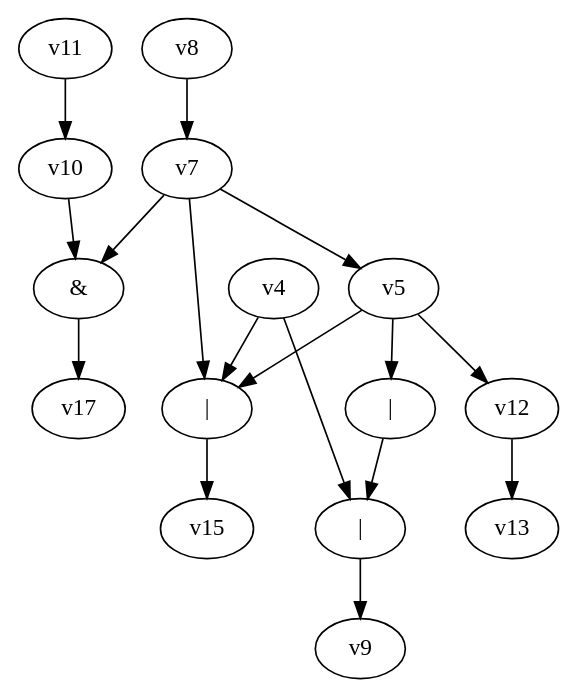
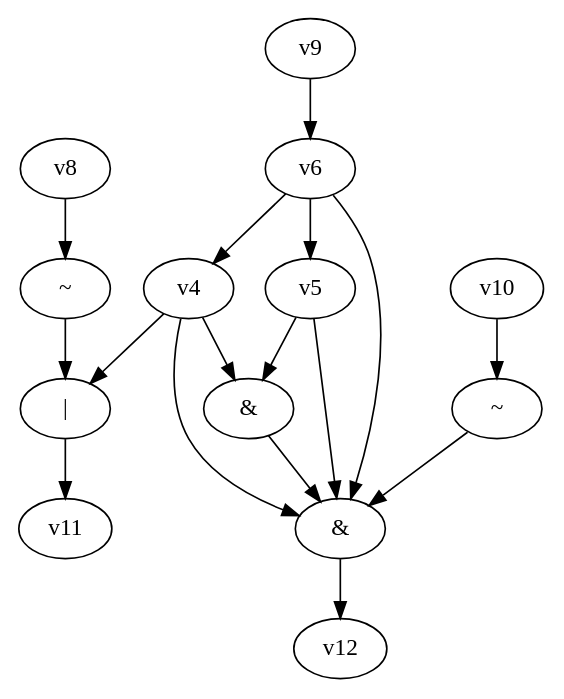
The diagram in dot_files/random_bool_circ.dot (yadej/graph_project), drawn with Graphviz before and after one commit. The commit also changed 4 other files, not shown here.

```diff
--- a/dot_files/random_bool_circ.dot
+++ b/dot_files/random_bool_circ.dot
@@ -1,19 +1,23 @@
 digraph G { 
 v0 [label="|"]; 
-v1 [label="|"]; 
-v14 [label="|"]; 
-v16 [label="&"]; 
-v0 -> v9;
+v1 [label="~"]; 
+v2 [label="&"]; 
+v3 [label="&"]; 
+v7 [label="~"]; 
+v0 -> v11;
 v1 -> v0;
+v2 -> v12;
+v3 -> v2;
 v4 -> v0;
-v4 -> v14 -> v15;
-v5 -> v1;
-v5 -> v12 -> v13;
-v5 -> v14;
-v7 -> v5;
-v7 -> v14;
-v7 -> v16 -> v17;
-v8 -> v7;
-v10 -> v16;
-v11 -> v10;
+v4 -> v2;
+v4 -> v3;
+v5 -> v2;
+v5 -> v3;
+v6 -> v2;
+v6 -> v4;
+v6 -> v5;
+v7 -> v2;
+v8 -> v1;
+v9 -> v6;
+v10 -> v7;
 }
```
